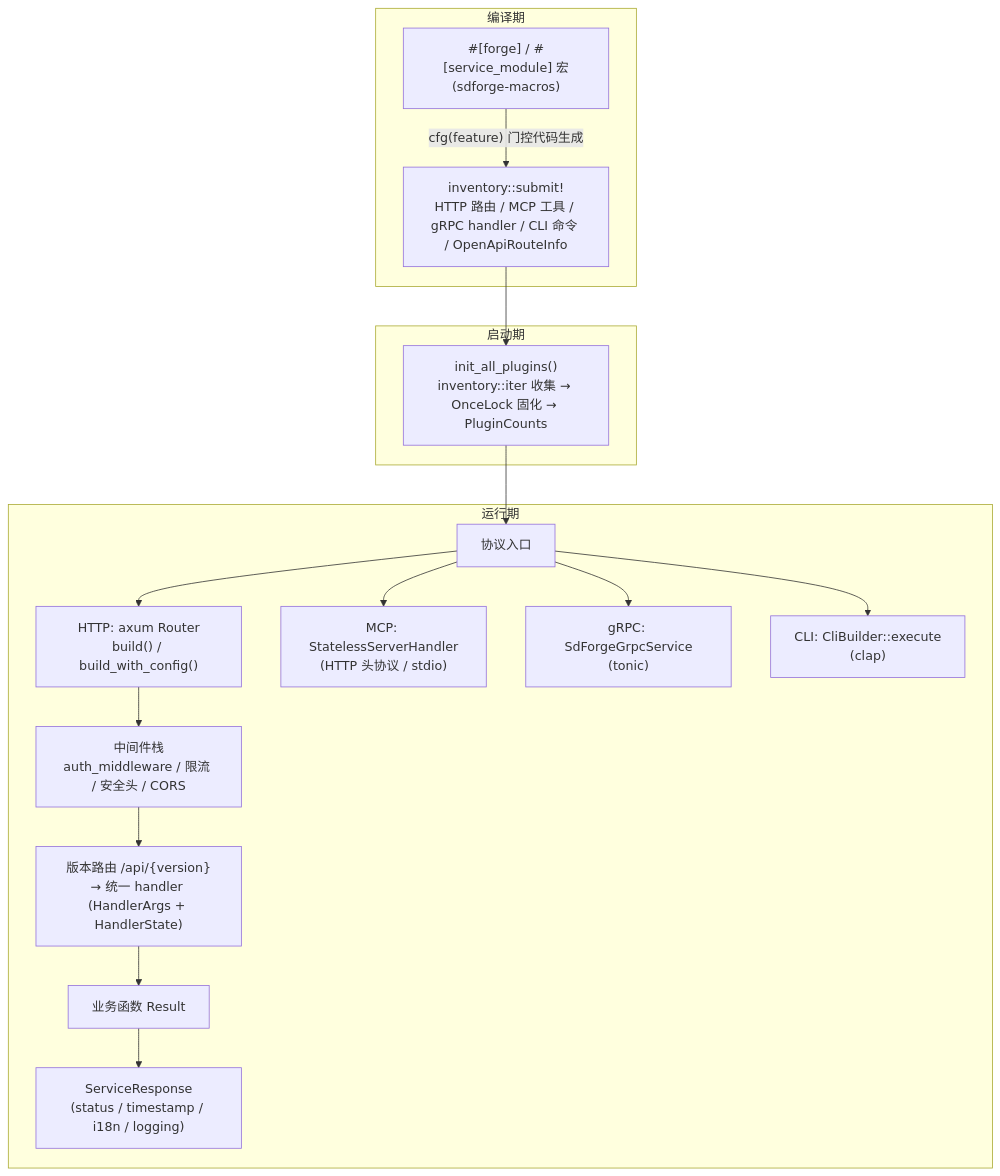
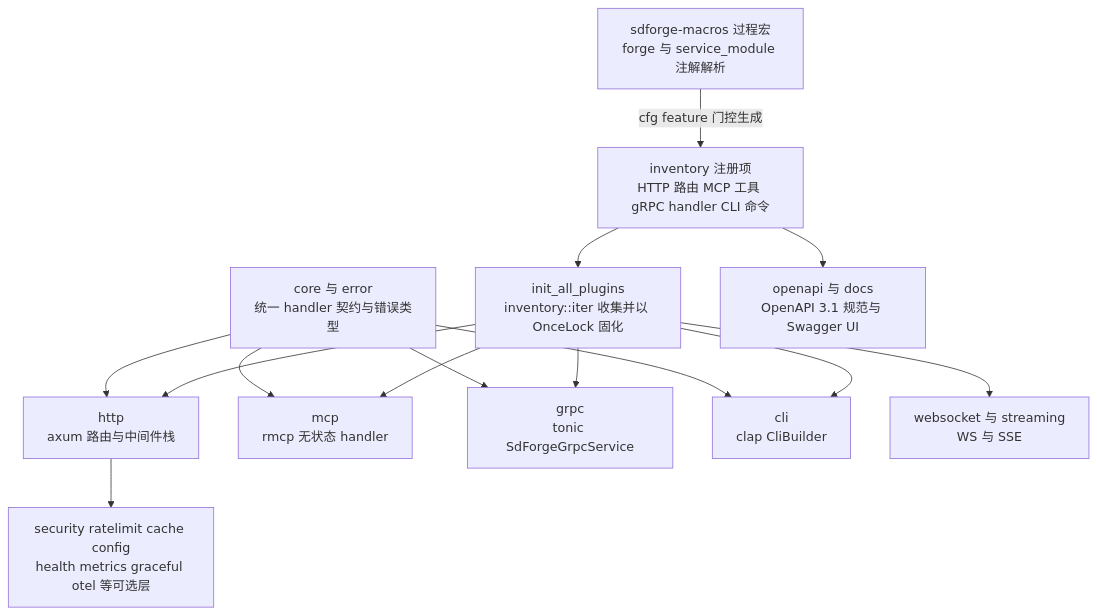
Before and after one commit to Kirky-X/sdforge: the first of 3 diagrams in docs/ARCHITECTURE.md, drawn with Mermaid. The commit also changed other lines of this file and 7 other files, not shown here.

Commit message:
docs(sdforge): docs 文档套件统一优化 — emoji 化 h2 与折叠目录、文档间交叉链接网络、架构/数据流 mermaid 图、结构化内容表格化、清除内部任务追踪引用；失真内容对照 src/ 源码修正，基准数字与安全承诺口径原样保留

````diff
--- a/docs/ARCHITECTURE.md
+++ b/docs/ARCHITECTURE.md
@@ -40,20 +43,16 @@
 ```mermaid
-flowchart TB
-    subgraph Compile["编译期"]
-        A["#[forge] / #[service_module] 宏<br/>(sdforge-macros)"] -->|"cfg(feature) 门控代码生成"| B["inventory::submit!<br/>HTTP 路由 / MCP 工具 / gRPC handler / CLI 命令 / OpenApiRouteInfo"]
-    end
-    subgraph Boot["启动期"]
-        B --> C["init_all_plugins()<br/>inventory::iter 收集 → OnceLock 固化 → PluginCounts"]
-    end
-    subgraph Runtime["运行期"]
-        C --> D["协议入口"]
-        D --> D1["HTTP: axum Router<br/>build() / build_with_config()"]
-        D --> D2["MCP: StatelessServerHandler<br/>(HTTP 头协议 / stdio)"]
-        D --> D3["gRPC: SdForgeGrpcService<br/>(tonic)"]
-        D --> D4["CLI: CliBuilder::execute<br/>(clap)"]
-        D1 --> E["中间件栈<br/>auth_middleware / 限流 / 安全头 / CORS"]
-        E --> F["版本路由 /api/{version}<br/>→ 统一 handler (HandlerArgs + HandlerState)"]
-        F --> G["业务函数 Result<T, ApiError>"]
-        G --> H["ServiceResponse<br/>(status / timestamp / i18n / logging)"]
-    end
+flowchart TD
+    MAC["sdforge-macros 过程宏<br/>forge 与 service_module 注解解析"] -->|"cfg feature 门控生成"| REG["inventory 注册项<br/>HTTP 路由 MCP 工具 gRPC handler CLI 命令"]
+    REG --> BOOT["init_all_plugins<br/>inventory::iter 收集并以 OnceLock 固化"]
+    BOOT --> HTTP["http<br/>axum 路由与中间件栈"]
+    BOOT --> MCP["mcp<br/>rmcp 无状态 handler"]
+    BOOT --> GRPC["grpc<br/>tonic SdForgeGrpcService"]
+    BOOT --> CLI["cli<br/>clap CliBuilder"]
+    BOOT --> WS["websocket 与 streaming<br/>WS 与 SSE"]
+    CORE["core 与 error<br/>统一 handler 契约与错误类型"] --> HTTP
+    CORE --> MCP
+    CORE --> GRPC
+    CORE --> CLI
+    HTTP --> SEC["security ratelimit cache config<br/>health metrics graceful otel 等可选层"]
+    REG --> OAPI["openapi 与 docs<br/>OpenAPI 3.1 规范与 Swagger UI"]
 ```
````
